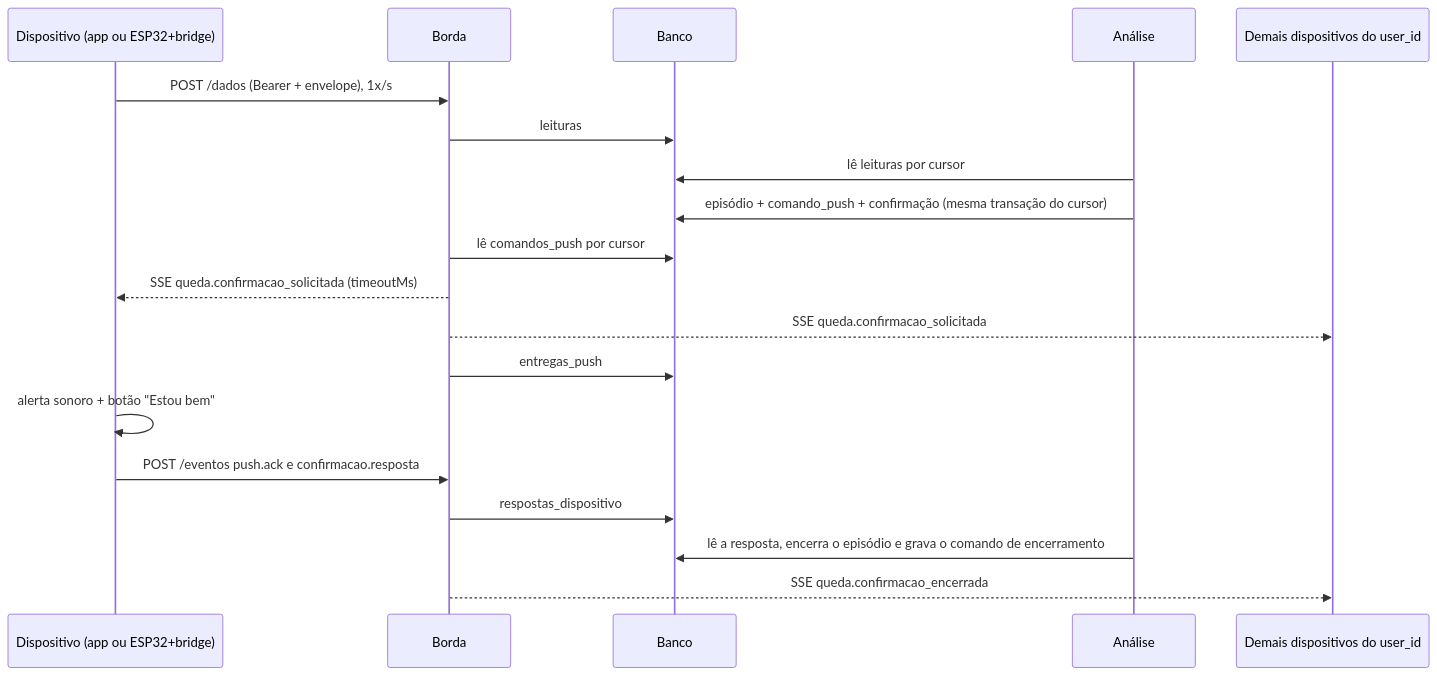
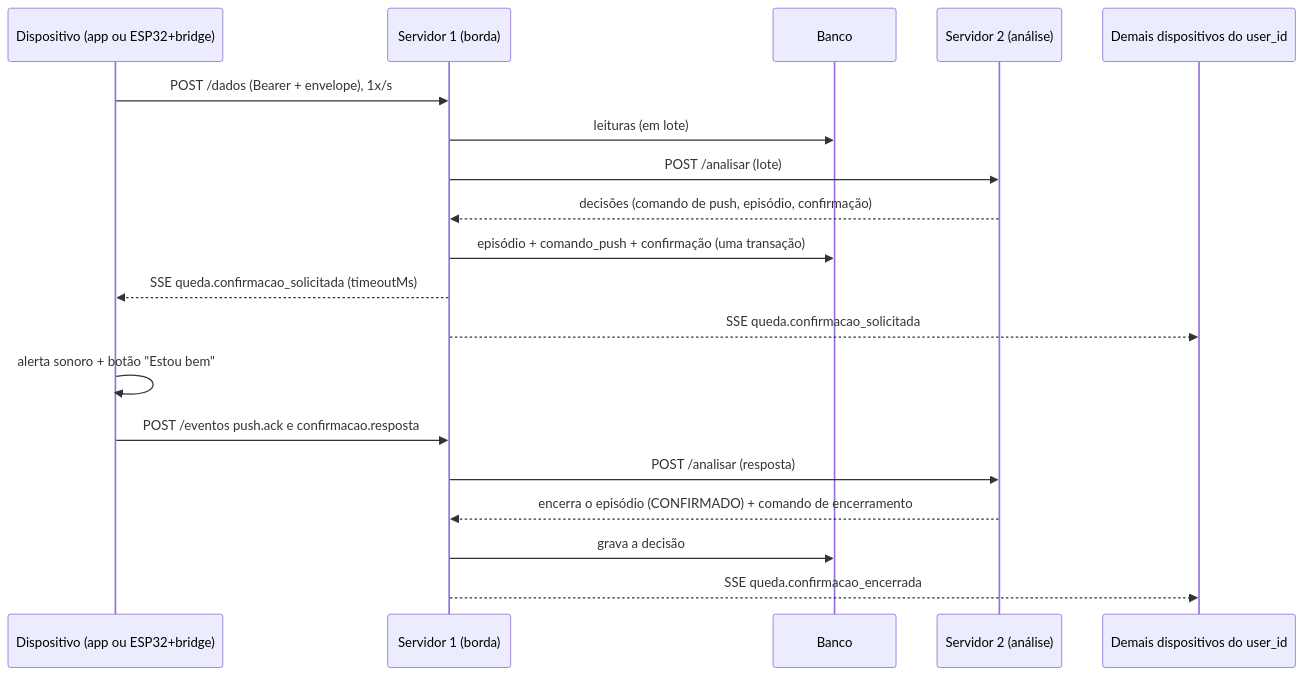
One commit to UFG-INF-SSU-2026/Flow changed the fifth of 5 diagrams in docs/arquitetura.md. Above: the diagram before and after it, drawn with Mermaid. The commit also changed other lines of this file and 5 other files, not shown here.

````diff
--- a/docs/arquitetura.md
+++ b/docs/arquitetura.md
@@ -397,21 +404,21 @@
 ```mermaid
 sequenceDiagram
     participant D as Dispositivo (app ou ESP32+bridge)
-    participant B as Borda
+    participant B as Servidor 1 (borda)
     participant DB as Banco
-    participant A as Análise
+    participant A as Servidor 2 (análise)
     participant O as Demais dispositivos do user_id
     D->>B: POST /dados (Bearer + envelope), 1x/s
-    B->>DB: leituras
-    A->>DB: lê leituras por cursor
-    A->>DB: episódio + comando_push + confirmação (mesma transação do cursor)
-    B->>DB: lê comandos_push por cursor
+    B->>DB: leituras (em lote)
+    B->>A: POST /analisar (lote)
+    A-->>B: decisões (comando de push, episódio, confirmação)
+    B->>DB: episódio + comando_push + confirmação (uma transação)
     B-->>D: SSE queda.confirmacao_solicitada (timeoutMs)
     B-->>O: SSE queda.confirmacao_solicitada
-    B->>DB: entregas_push
     D->>D: alerta sonoro + botão "Estou bem"
     D->>B: POST /eventos push.ack e confirmacao.resposta
-    B->>DB: respostas_dispositivo
-    A->>DB: lê a resposta, encerra o episódio e grava o comando de encerramento
+    B->>A: POST /analisar (resposta)
+    A-->>B: encerra o episódio (CONFIRMADO) + comando de encerramento
+    B->>DB: grava a decisão
     B-->>O: SSE queda.confirmacao_encerrada
 ```
````
